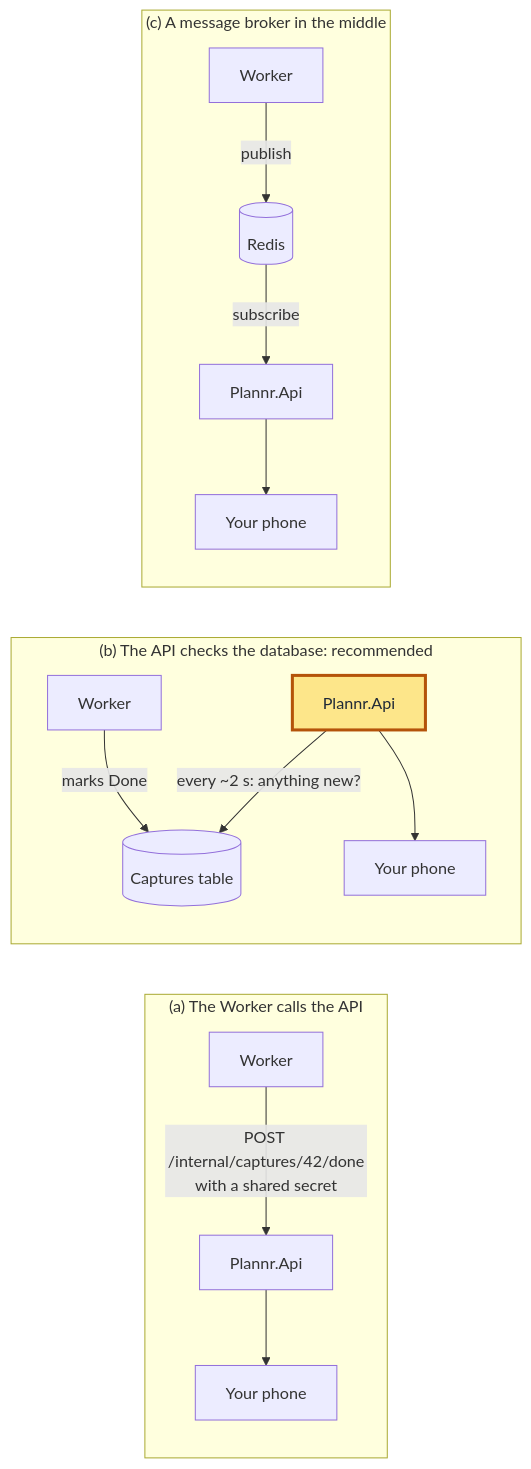
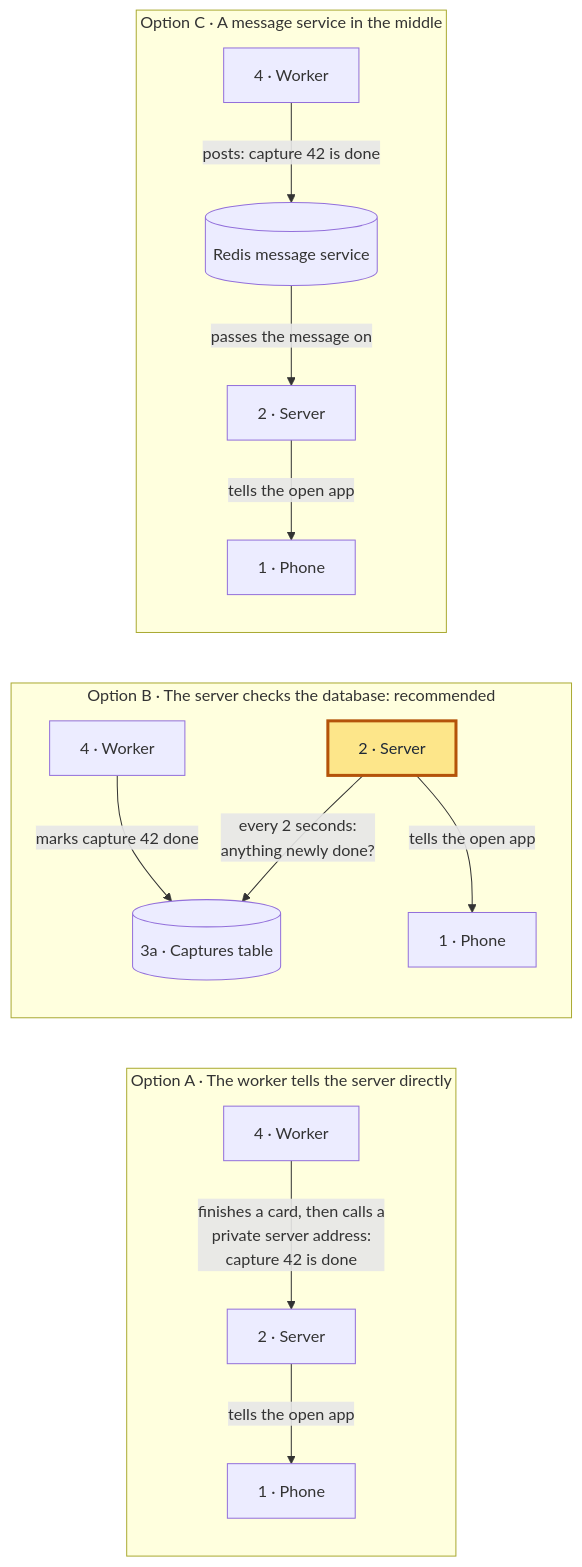
Before and after one commit to SunchokePasta/Plannr: the third of 13 diagrams in docs/architecture.md, drawn with Mermaid. The commit also changed other lines of this file and 3 other files, not shown here.

First line of the commit message:
Rewrite the architecture page around a glossary and labelled steps

````diff
--- a/docs/architecture.md
+++ b/docs/architecture.md
@@ -162,20 +185,20 @@
 ```mermaid
 flowchart LR
-  subgraph OA["(a) The Worker calls the API"]
-    a1["Worker"] -->|"POST /internal/captures/42/done<br/>with a shared secret"| a2["Plannr.Api"]
-    a2 --> a3["Your phone"]
+  subgraph OA["Option A · The worker tells the server directly"]
+    a1["4 · Worker"] -->|"finishes a card, then calls a<br/>private server address:<br/>capture 42 is done"| a2["2 · Server"]
+    a2 -->|"tells the open app"| a3["1 · Phone"]
   end
-  subgraph OB["(b) The API checks the database: recommended"]
-    b1["Worker"] -->|"marks Done"| b2[("Captures table")]
-    b3["Plannr.Api"] -->|"every ~2 s: anything new?"| b2
-    b3 --> b4["Your phone"]
+  subgraph OB["Option B · The server checks the database: recommended"]
+    b1["4 · Worker"] -->|"marks capture 42 done"| b2[("3a · Captures table")]
+    b3["2 · Server"] -->|"every 2 seconds:<br/>anything newly done?"| b2
+    b3 -->|"tells the open app"| b4["1 · Phone"]
   end
-  subgraph OC["(c) A message broker in the middle"]
-    c1["Worker"] -->|"publish"| c2[("Redis")]
-    c2 -->|"subscribe"| c3["Plannr.Api"]
-    c3 --> c4["Your phone"]
+  subgraph OC["Option C · A message service in the middle"]
+    c1["4 · Worker"] -->|"posts: capture 42 is done"| c2[("Redis message service")]
+    c2 -->|"passes the message on"| c3["2 · Server"]
+    c3 -->|"tells the open app"| c4["1 · Phone"]
   end
 
   classDef pick fill:#fde68a,stroke:#b45309,stroke-width:3px,color:#1f2937
   class b3 pick
 ```
````
